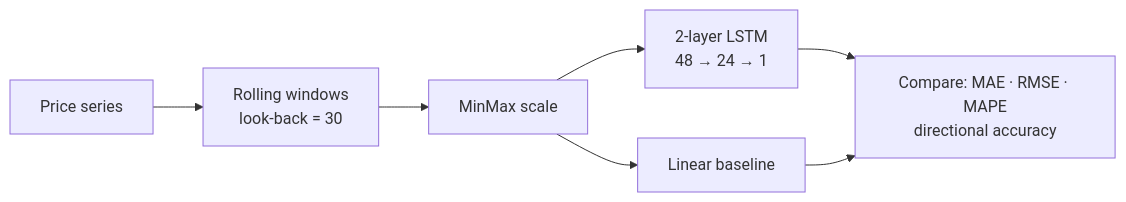
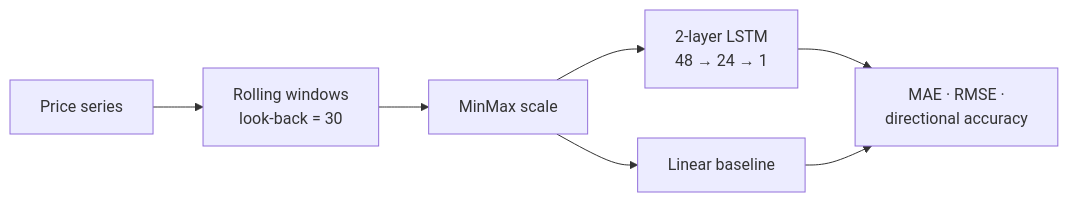
Before and after one commit to adrian-erlikhman/lstm-equity-forecaster: the diagram in README.md, drawn with Mermaid. The commit also changed other lines of this file, not shown here.

Commit message:
Condense README (keep diagram, cut prose)

````diff
--- a/README.md
+++ b/README.md
@@ -23,9 +7,9 @@
 ```mermaid
 flowchart LR
     A[Price series] --> B[Rolling windows<br/>look-back = 30]
     B --> C[MinMax scale]
     C --> D[2-layer LSTM<br/>48 → 24 → 1]
     C --> E[Linear baseline]
-    D --> F[Compare: MAE · RMSE · MAPE<br/>directional accuracy]
+    D --> F[MAE · RMSE ·<br/>directional accuracy]
     E --> F
 ```
````
